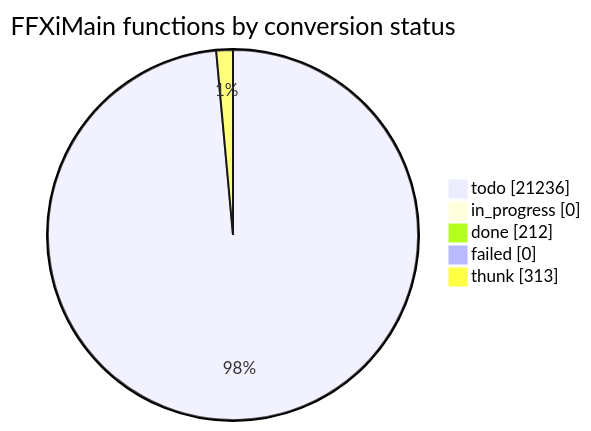
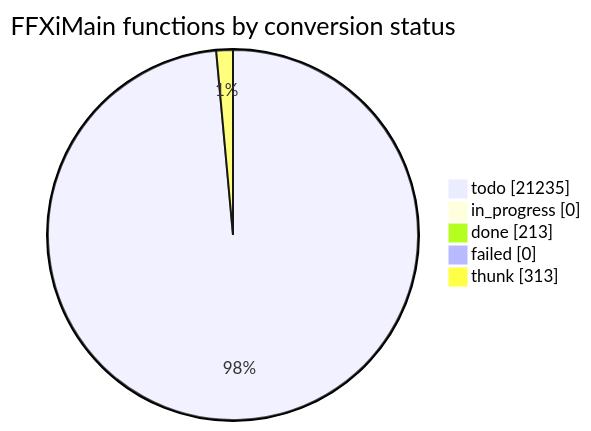
Before and after one commit to cowrevenge/cow_kuluu_xi_anything: the diagram in docs/cow/STATUS.md, drawn with Mermaid. The commit also changed other lines of this file and 9 other files, not shown here.

````diff
--- a/docs/cow/STATUS.md
+++ b/docs/cow/STATUS.md
@@ -18,9 +18,9 @@
 ```mermaid
 pie showData
     title FFXiMain functions by conversion status
-    "todo" : 21236
+    "todo" : 21235
     "in_progress" : 0
-    "done" : 212
+    "done" : 213
     "failed" : 0
     "thunk" : 313
 ```
````
